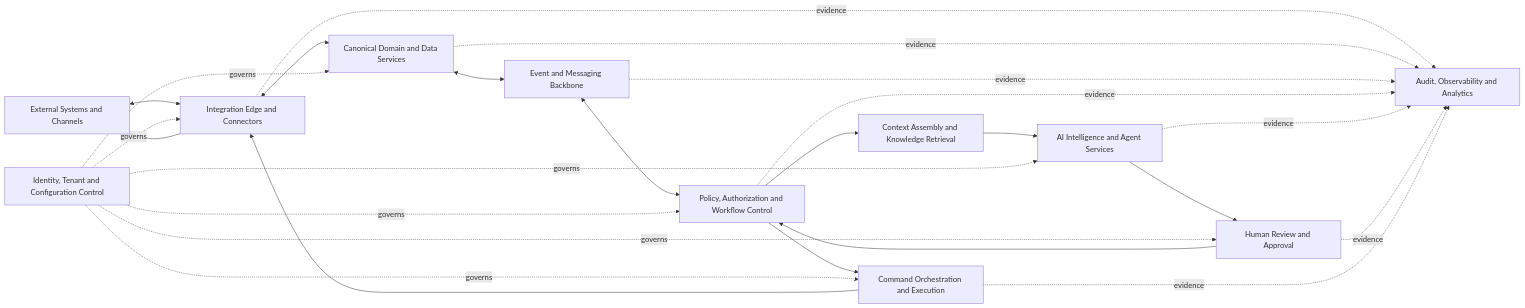
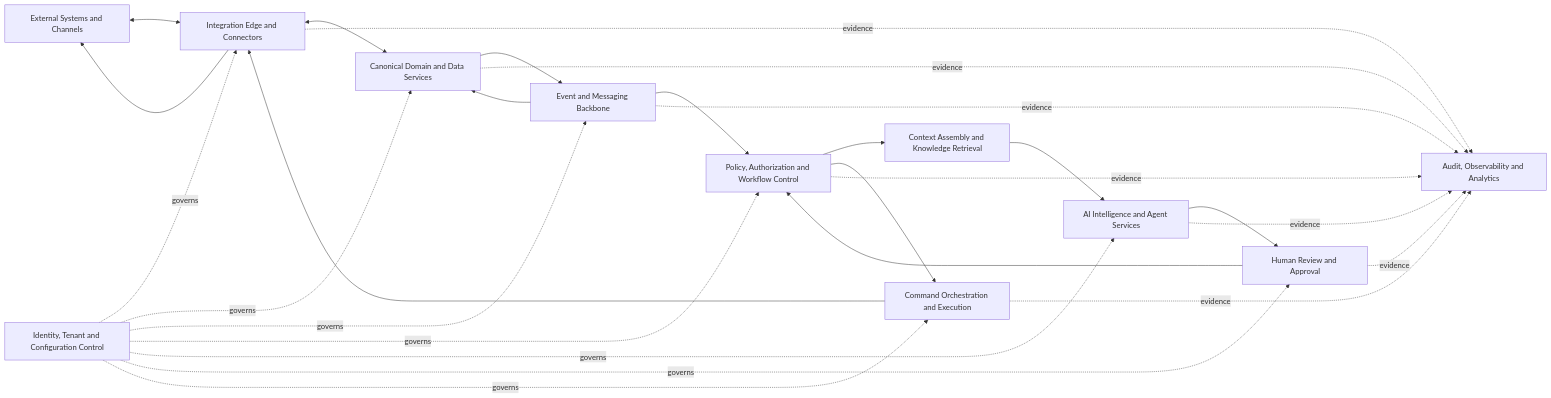
Before and after one commit to abdallahsaleh87-commits/ASOS: the diagram in 05_Documentation/System_Architecture.md, drawn with Mermaid. The commit also changed other lines of this file, not shown here.

````diff
--- a/05_Documentation/System_Architecture.md
+++ b/05_Documentation/System_Architecture.md
@@ -239,41 +280,43 @@
 ```mermaid
 flowchart LR
     EXT[External Systems and Channels]
     EDGE[Integration Edge and Connectors]
     DOMAIN[Canonical Domain and Data Services]
     BUS[Event and Messaging Backbone]
     POLICY[Policy, Authorization and Workflow Control]
     CONTEXT[Context Assembly and Knowledge Retrieval]
     AI[AI Intelligence and Agent Services]
     REVIEW[Human Review and Approval]
     CMD[Command Orchestration and Execution]
     AUDIT[Audit, Observability and Analytics]
     CONTROL[Identity, Tenant and Configuration Control]
 
     EXT <--> EDGE
     EDGE <--> DOMAIN
-    DOMAIN <--> BUS
-    BUS <--> POLICY
+    DOMAIN --> BUS
+    BUS --> DOMAIN
+    BUS --> POLICY
     POLICY --> CONTEXT
     CONTEXT --> AI
     AI --> REVIEW
     REVIEW --> POLICY
     POLICY --> CMD
     CMD --> EDGE
     EDGE --> EXT
 
     CONTROL -. governs .-> EDGE
     CONTROL -. governs .-> DOMAIN
+    CONTROL -. governs .-> BUS
     CONTROL -. governs .-> POLICY
     CONTROL -. governs .-> AI
     CONTROL -. governs .-> REVIEW
     CONTROL -. governs .-> CMD
 
     EDGE -. evidence .-> AUDIT
     DOMAIN -. evidence .-> AUDIT
     BUS -. evidence .-> AUDIT
     POLICY -. evidence .-> AUDIT
     AI -. evidence .-> AUDIT
     REVIEW -. evidence .-> AUDIT
     CMD -. evidence .-> AUDIT
 ```
````
